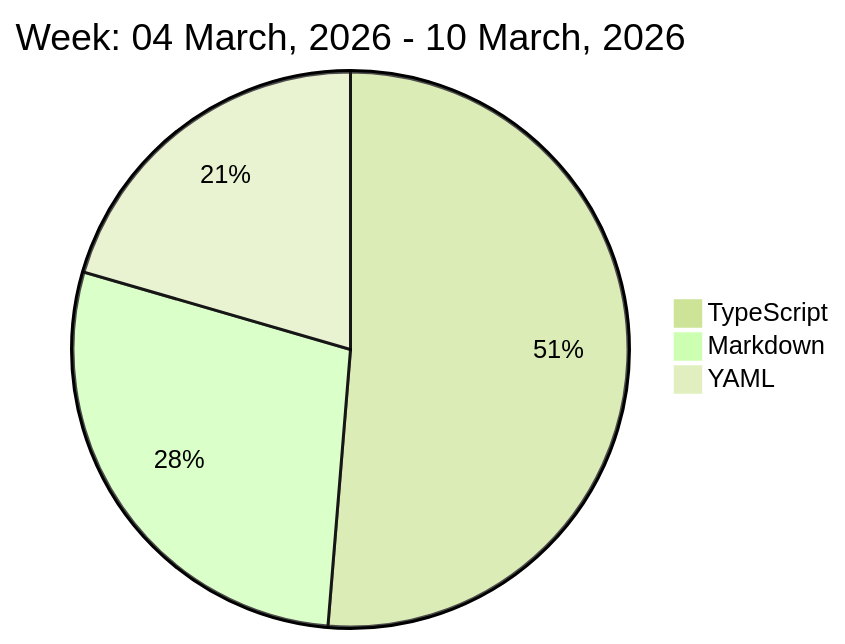
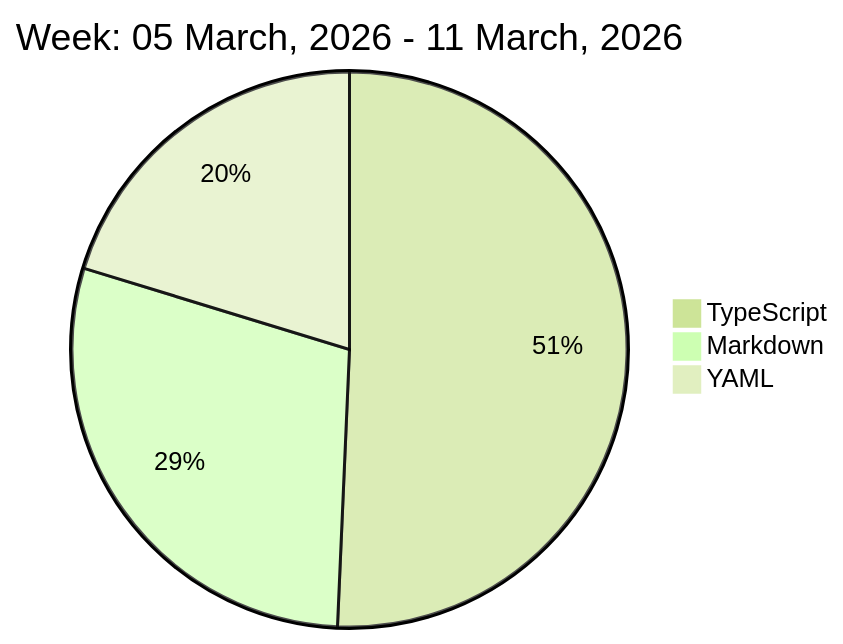
Before and after one commit to liubin95/liubin95: the diagram in README.md, drawn with Mermaid (forest theme).

Commit message:
Updated the Graph with new Metrics

````diff
--- a/README.md
+++ b/README.md
@@ -32,7 +32,7 @@
 ```mermaid
  pie
-title Week: 04 March, 2026 - 10 March, 2026
- "TypeScript" : 7.13
- "Markdown" : 3.92
- "YAML" : 2.85
+title Week: 05 March, 2026 - 11 March, 2026
+ "TypeScript" : 6.25
+ "Markdown" : 3.58
+ "YAML" : 2.5
 ```
````
